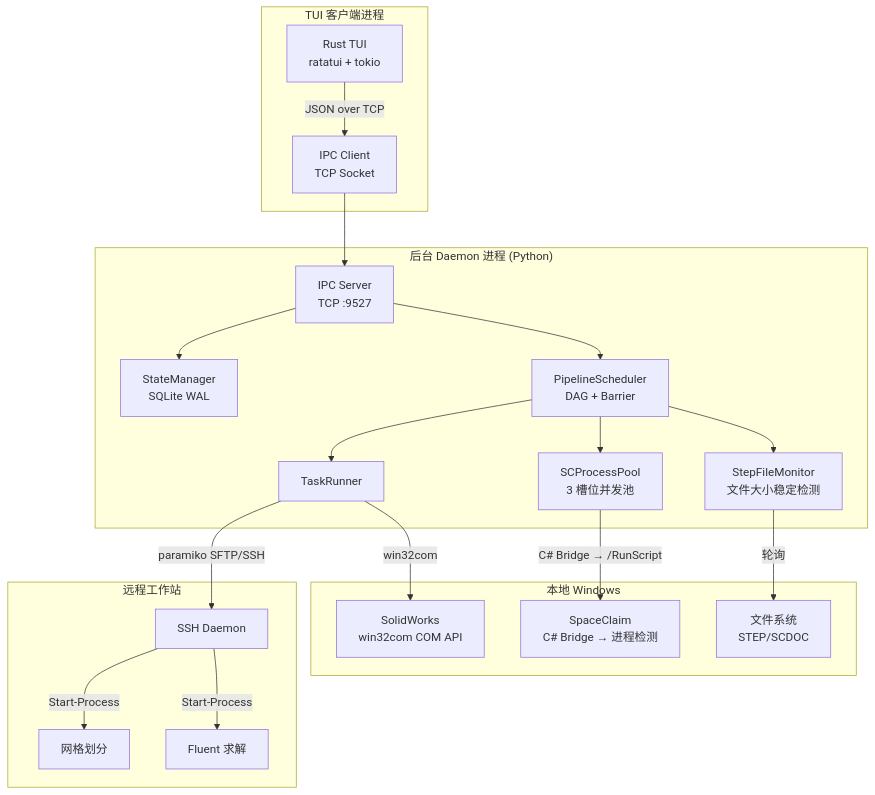
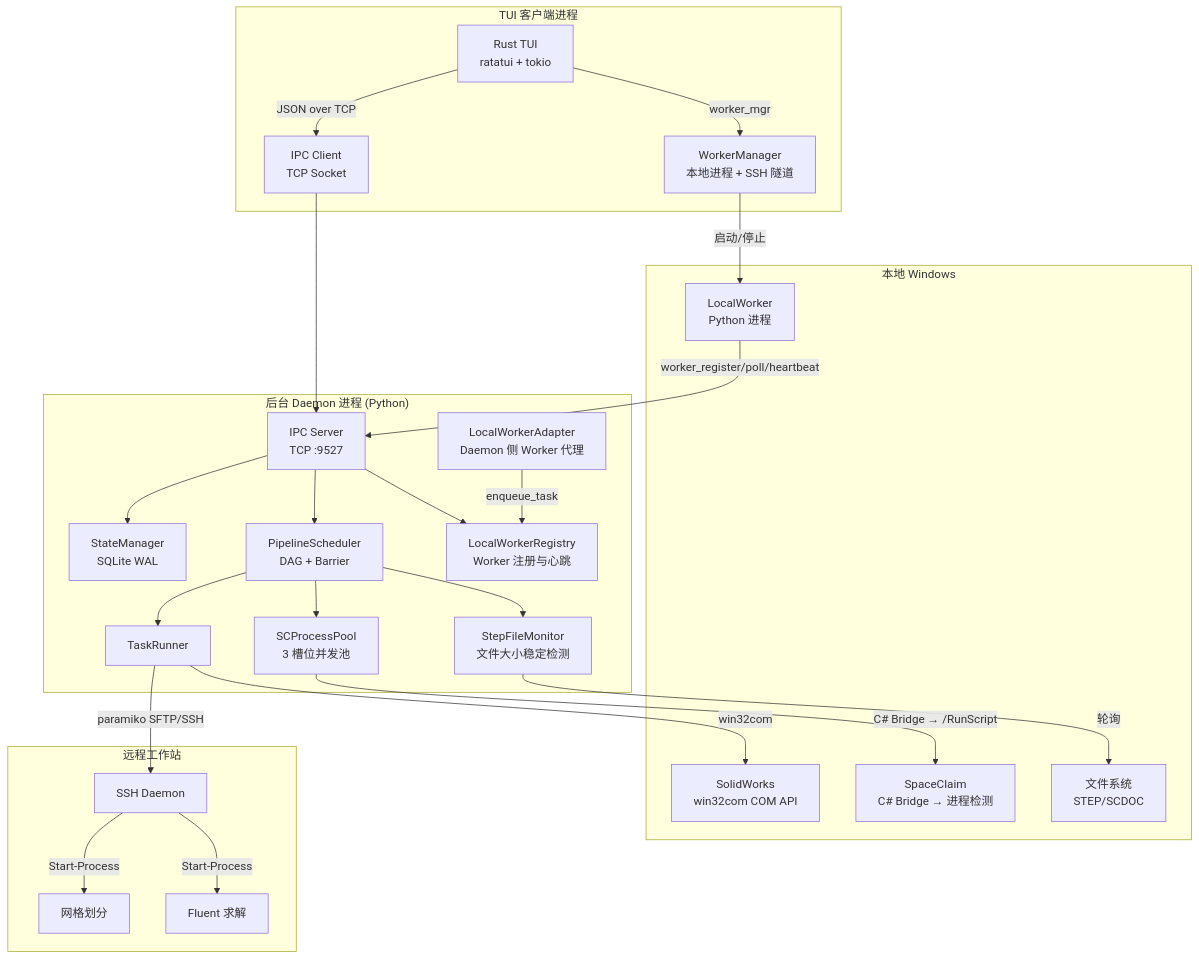
One commit to Hab1nA/AutoFluidSimulation changed the diagram in README.md. Above: the diagram before and after it, drawn with Mermaid. The commit also changed other lines of this file and 3 other files, not shown here.

````diff
--- a/README.md
+++ b/README.md
@@ -28,42 +29,51 @@
 ```mermaid
 graph TB
     subgraph "TUI 客户端进程"
         TUI[Rust TUI<br/>ratatui + tokio]
         IPC_C[IPC Client<br/>TCP Socket]
+        WM[WorkerManager<br/>本地进程 + SSH 隧道]
     end
 
     subgraph "后台 Daemon 进程 (Python)"
         IPC_S[IPC Server<br/>TCP :9527]
         SM[StateManager<br/>SQLite WAL]
         SCH[PipelineScheduler<br/>DAG + Barrier]
         TR[TaskRunner]
         SCPOOL[SCProcessPool<br/>3 槽位并发池]
         FM[StepFileMonitor<br/>文件大小稳定检测]
+        LWR[LocalWorkerRegistry<br/>Worker 注册与心跳]
+        LWA[LocalWorkerAdapter<br/>Daemon 侧 Worker 代理]
     end
 
     subgraph "本地 Windows"
+        LW[LocalWorker<br/>Python 进程]
         SW[SolidWorks<br/>win32com COM API]
         SC[SpaceClaim<br/>C# Bridge → 进程检测]
         FS[文件系统<br/>STEP/SCDOC]
     end
 
     subgraph "远程工作站"
         SSH[SSH Daemon]
         MESH[网格划分]
         SOLVER[Fluent 求解]
     end
 
     TUI -->|JSON over TCP| IPC_C
     IPC_C --> IPC_S
     IPC_S --> SM
     IPC_S --> SCH
+    IPC_S --> LWR
     SCH --> FM
     SCH --> TR
     SCH --> SCPOOL
     TR -->|win32com| SW
     SCPOOL -->|C# Bridge → /RunScript| SC
     TR -->|paramiko SFTP/SSH| SSH
     SSH -->|Start-Process| MESH
     SSH -->|Start-Process| SOLVER
     FM -->|轮询| FS
+    LW -->|worker_register/poll/heartbeat| IPC_S
+    LWA -->|enqueue_task| LWR
+    TUI -->|worker_mgr| WM
+    WM -->|启动/停止| LW
 ```
````
